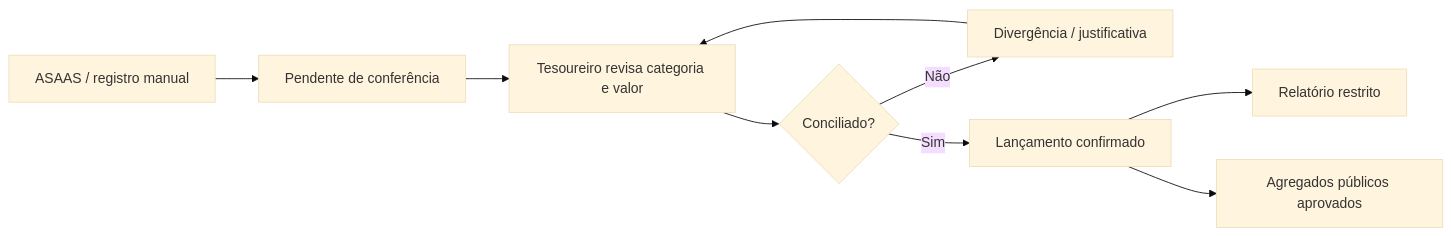
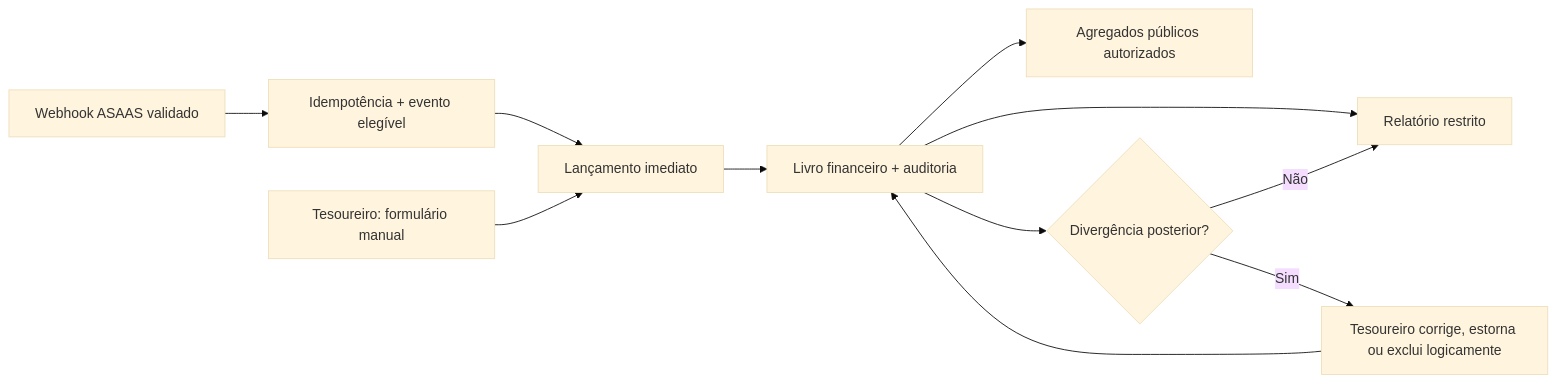
One commit to grupoquarentena/site changed the sixth of 7 diagrams in UX-Design.md. Above: the diagram before and after it, drawn with Mermaid (base theme). The commit also changed other lines of this file and 4 other files, not shown here.

````diff
--- a/UX-Design.md
+++ b/UX-Design.md
@@ -273,11 +309,13 @@
 ```mermaid
 flowchart LR
-  A[ASAAS / registro manual] --> B[Pendente de conferência]
-  B --> C[Tesoureiro revisa categoria e valor]
-  C --> D{Conciliado?}
-  D -->|Não| E[Divergência / justificativa]
-  E --> C
-  D -->|Sim| F[Lançamento confirmado]
-  F --> G[Relatório restrito]
-  F --> H[Agregados públicos aprovados]
+  A[Webhook ASAAS validado] --> B[Idempotência + evento elegível]
+  B --> C[Lançamento imediato]
+  D[Tesoureiro: formulário manual] --> C
+  C --> E[Livro financeiro + auditoria]
+  E --> F[Relatório restrito]
+  E --> G[Agregados públicos autorizados]
+  E --> H{Divergência posterior?}
+  H -->|Sim| I[Tesoureiro corrige, estorna ou exclui logicamente]
+  I --> E
+  H -->|Não| F
 ```
````
